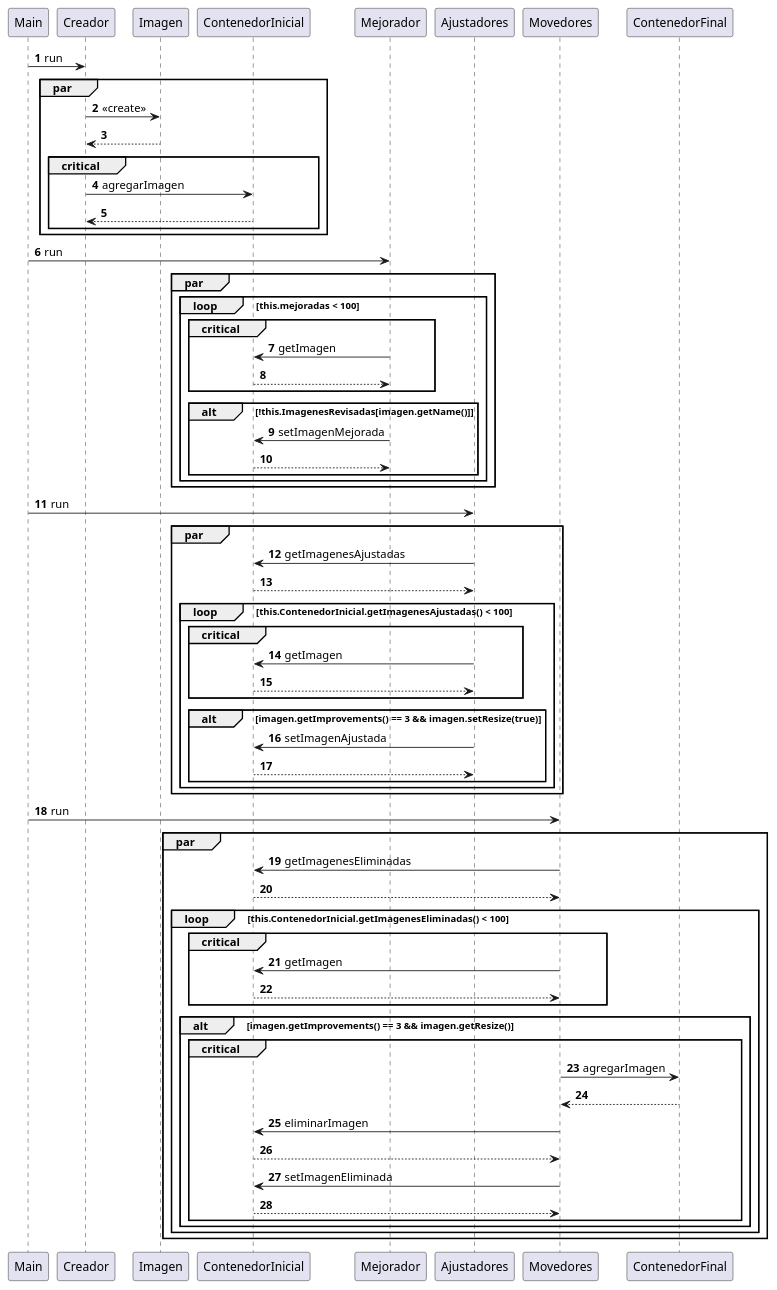
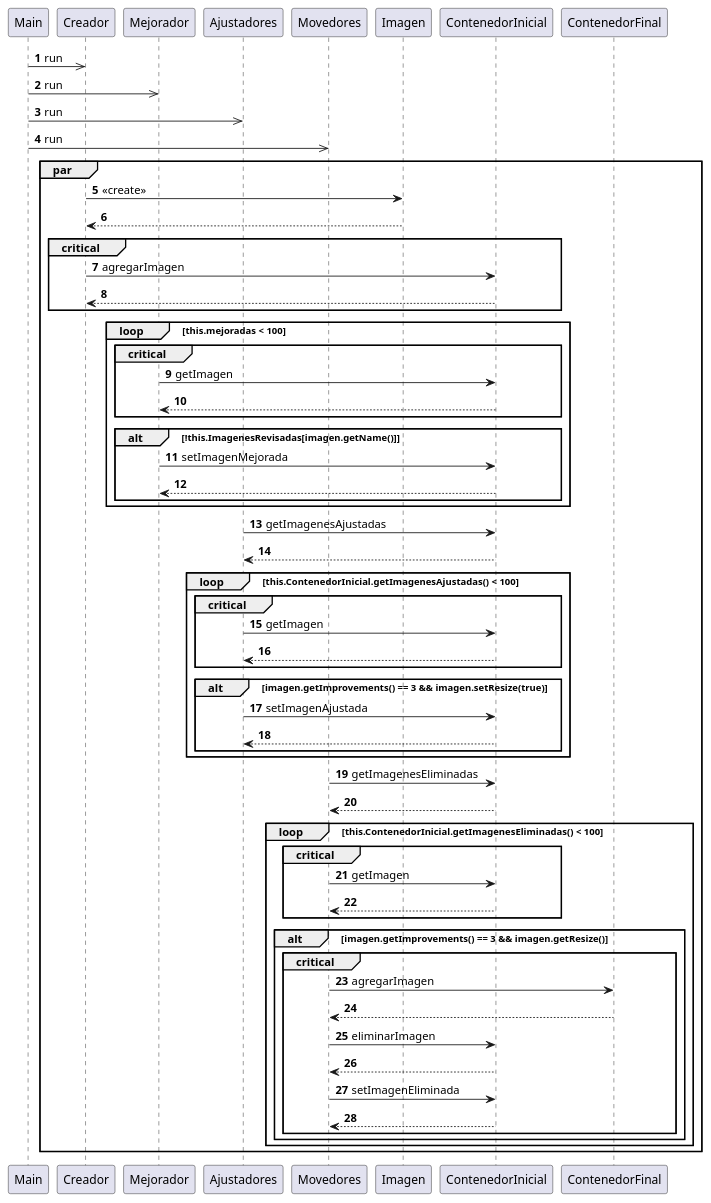
One commit to alfredon996/tp1_pc changed the diagram in diag/secuencia.puml. Above: the diagram before and after it, drawn with PlantUML.

Commit message:
diagrama de clases actualizado

```diff
--- a/diag/secuencia.puml
+++ b/diag/secuencia.puml
@@ -1,97 +1,94 @@
 @startuml
 'https://plantuml.com/sequence-diagram
 'Diagrama de secuencia, se puede renderizar instalando el plugin PlantUML de IntelliJ
 
 autonumber
 
-Main -> Creador: run
+Main ->> Creador: run
+Main ->> Mejorador : run
+Main ->> Ajustadores : run
+Main ->> Movedores : run
+
 par
 Creador -> Imagen: <<create>>
 Creador  <-- Imagen
 
 
 critical
 Creador -> ContenedorInicial : agregarImagen
 Creador <-- ContenedorInicial
 end critical
 
-end par
 
-Main -> Mejorador : run
 
-par
 
 
 
 loop this.mejoradas < 100
 critical
 
 Mejorador -> ContenedorInicial : getImagen
 
 ContenedorInicial --> Mejorador
 
 end critical
 
 alt !this.ImagenesRevisadas[imagen.getName()]
 Mejorador -> ContenedorInicial :setImagenMejorada
 ContenedorInicial --> Mejorador
 
 end alt
 end loop
 
-end par
 
-Main -> Ajustadores : run
-par
+
 Ajustadores -> ContenedorInicial : getImagenesAjustadas
 ContenedorInicial --> Ajustadores
 
 loop this.ContenedorInicial.getImagenesAjustadas() < 100
 
 critical
 
 Ajustadores -> ContenedorInicial : getImagen
 ContenedorInicial --> Ajustadores
 end critical
 
 alt imagen.getImprovements() == 3 && imagen.setResize(true)
 Ajustadores  -> ContenedorInicial: setImagenAjustada
 ContenedorInicial --> Ajustadores
 end alt
 
 
 end loop
 
 
-end par
 
-Main -> Movedores : run
-par
+
 Movedores -> ContenedorInicial: getImagenesEliminadas
 ContenedorInicial --> Movedores
 
 loop this.ContenedorInicial.getImagenesEliminadas() < 100
 
 critical
 Movedores -> ContenedorInicial : getImagen
 ContenedorInicial --> Movedores
 end critical
 
 alt imagen.getImprovements() == 3 && imagen.getResize()
 
 critical
 Movedores -> ContenedorFinal : agregarImagen
 ContenedorFinal --> Movedores
 Movedores -> ContenedorInicial : eliminarImagen
 ContenedorInicial --> Movedores
 Movedores -> ContenedorInicial : setImagenEliminada
 ContenedorInicial --> Movedores
 end critical
 
 end alt
 
 end loop
 
 end par
 
 @enduml
```
